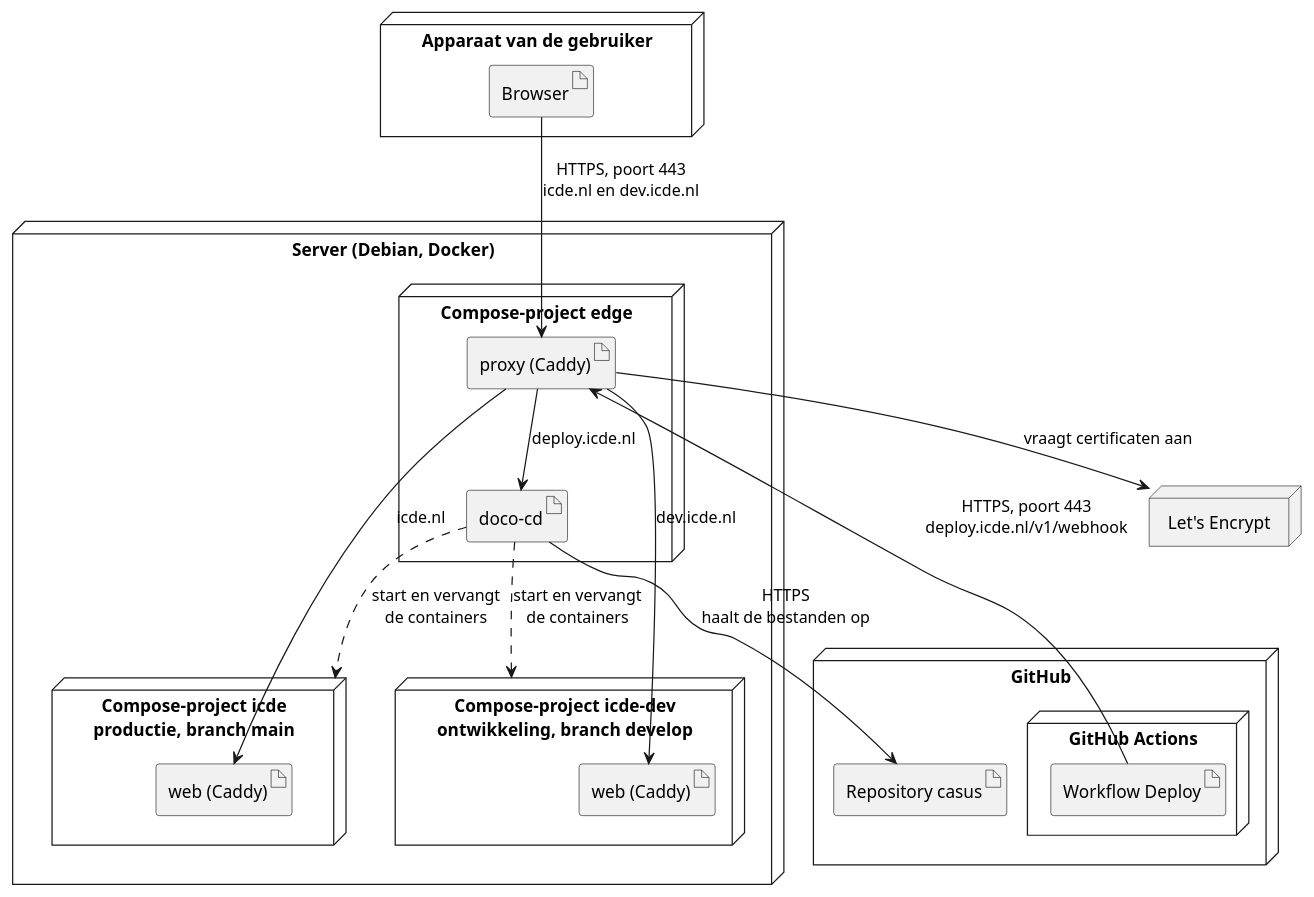
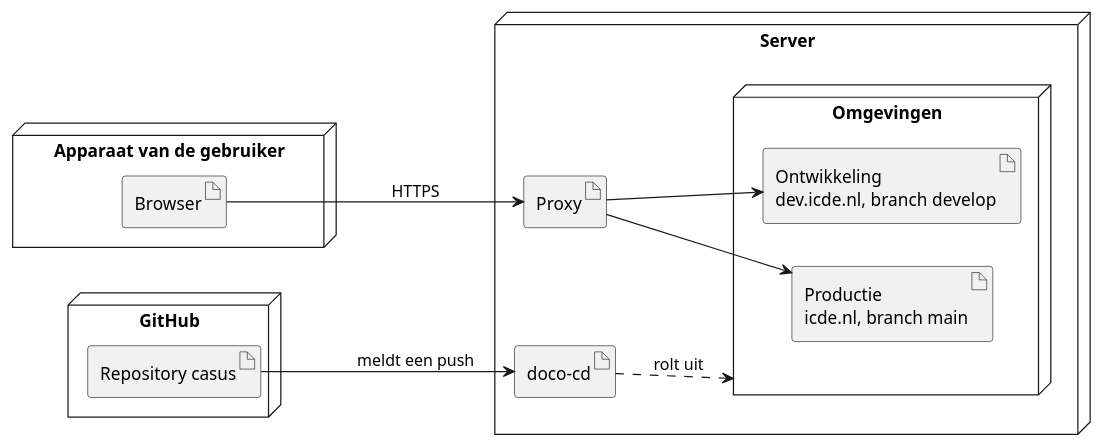
Before and after one commit to HAN-Craftsmanship-KL-JJG/casus: the diagram in docs/diagrams/uitrol-deployment.puml, drawn with PlantUML. The commit also changed 4 other files, not shown here.

First line of the commit message:
docs: simplify the deployment diagrams

```diff
--- a/docs/diagrams/uitrol-deployment.puml
+++ b/docs/diagrams/uitrol-deployment.puml
@@ -1,43 +1,31 @@
 @startuml uitrol-deployment
 ' Deployment diagram van het prototype: waar elk onderdeel draait. Toelichting: docs/uitrol.md
-' Alleen de proxy heeft open poorten. Productie en ontwikkeling zijn elk een eigen Compose-project.
+' Vereenvoudigd: de melding van GitHub loopt ook via de proxy, en certificaten staan in de tekst.
 skinparam style strictuml
 skinparam shadowing false
 skinparam defaultFontName Helvetica
+left to right direction
 
 node "Apparaat van de gebruiker" as client {
   artifact Browser
 }
 
 node GitHub as github {
   artifact "Repository casus" as repo
-  node "GitHub Actions" as actions {
-    artifact "Workflow Deploy" as workflow
+}
+
+node Server as server {
+  artifact Proxy as proxy
+  artifact "doco-cd" as dococd
+  node Omgevingen as envs {
+    artifact "Productie\nicde.nl, branch main" as prod
+    artifact "Ontwikkeling\ndev.icde.nl, branch develop" as devenv
   }
 }
 
-node "Server (Debian, Docker)" as server {
-  node "Compose-project edge" as edge {
-    artifact "proxy (Caddy)" as proxy
-    artifact "doco-cd" as dococd
-  }
-  node "Compose-project icde\nproductie, branch main" as icde {
-    artifact "web (Caddy)" as web
-  }
-  node "Compose-project icde-dev\nontwikkeling, branch develop" as icdedev {
-    artifact "web (Caddy)" as webdev
-  }
-}
-
-node "Let's Encrypt" as le
-
-Browser --> proxy : HTTPS, poort 443\nicde.nl en dev.icde.nl
-workflow --> proxy : HTTPS, poort 443\ndeploy.icde.nl/v1/webhook
-proxy --> web : icde.nl
-proxy --> webdev : dev.icde.nl
-proxy --> dococd : deploy.icde.nl
-dococd --> repo : HTTPS\nhaalt de bestanden op
-dococd ..> icde : start en vervangt\nde containers
-dococd ..> icdedev : start en vervangt\nde containers
-proxy --> le : vraagt certificaten aan
+Browser --> proxy : HTTPS
+proxy --> prod
+proxy --> devenv
+repo --> dococd : meldt een push
+dococd ..> envs : rolt uit
 @enduml
```
